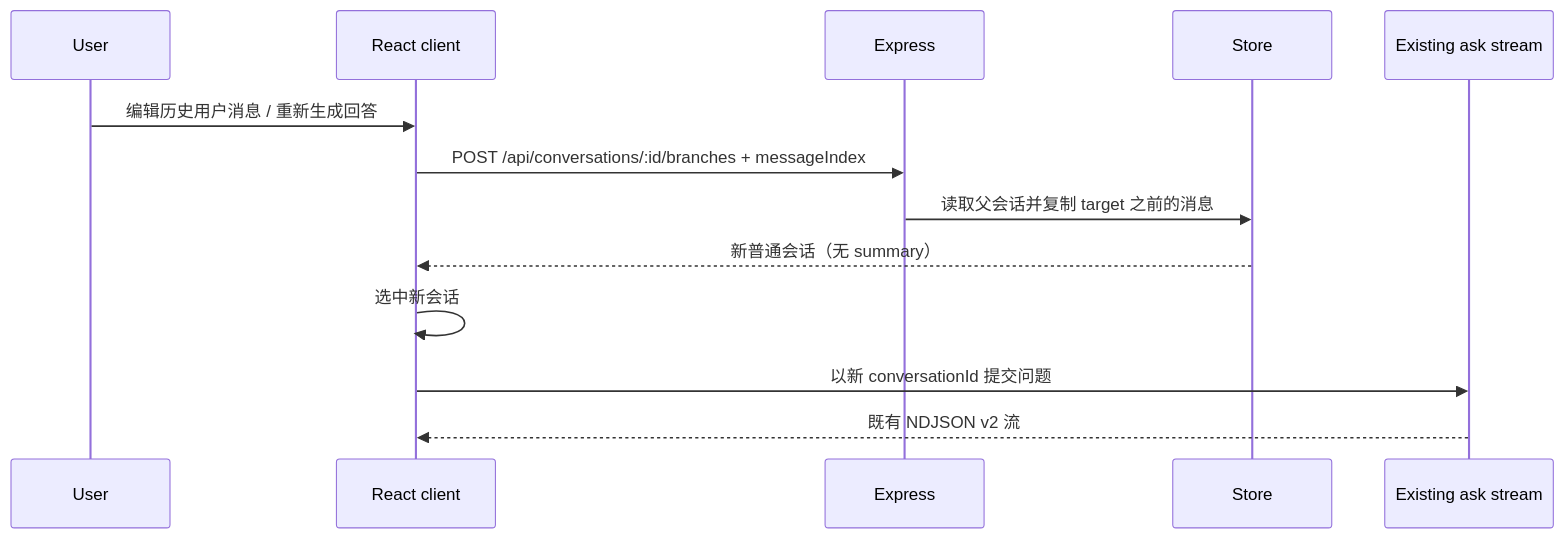
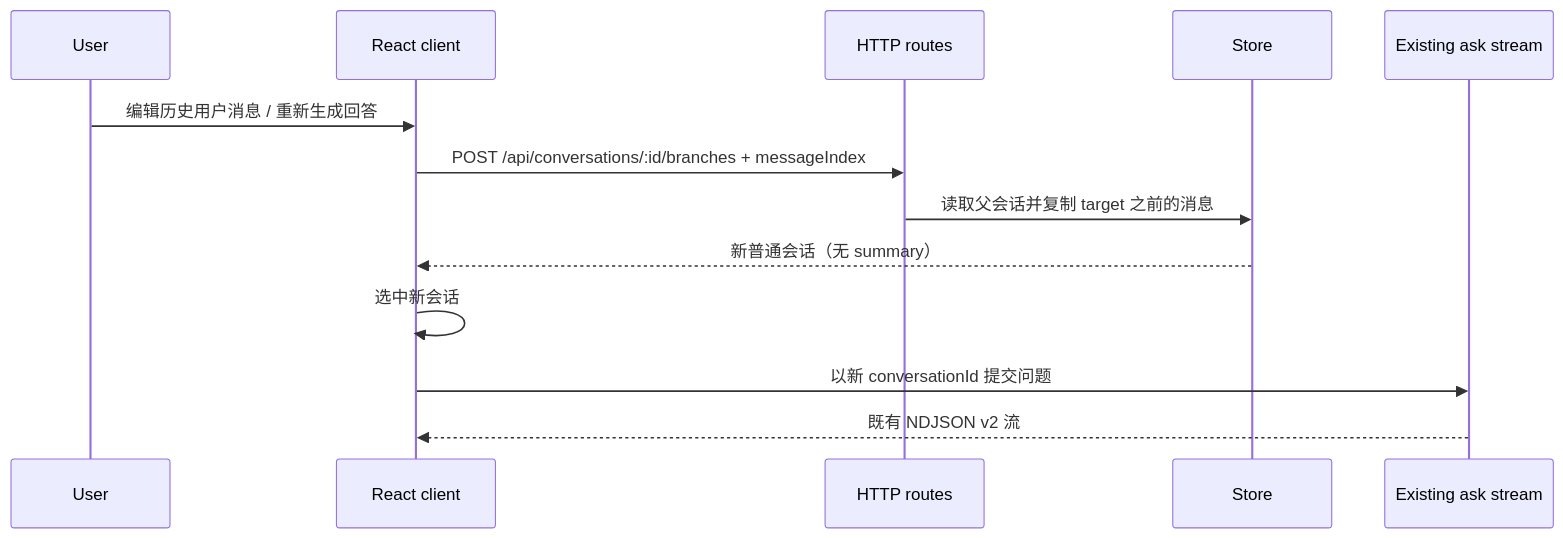
Before and after one commit to imingsmings/chatbot-dev: the seventh of 9 diagrams in docs/architecture.md, drawn with Mermaid. The commit also changed other lines of this file and 72 other files, not shown here.

````diff
--- a/docs/architecture.md
+++ b/docs/architecture.md
@@ -275,16 +278,16 @@
 ```mermaid
 sequenceDiagram
   participant U as User
   participant C as React client
-  participant E as Express
+  participant E as HTTP routes
   participant D as Store
   participant S as Existing ask stream
 
   U->>C: 编辑历史用户消息 / 重新生成回答
   C->>E: POST /api/conversations/:id/branches + messageIndex
   E->>D: 读取父会话并复制 target 之前的消息
   D-->>C: 新普通会话（无 summary）
   C->>C: 选中新会话
   C->>S: 以新 conversationId 提交问题
   S-->>C: 既有 NDJSON v2 流
 ```
````
